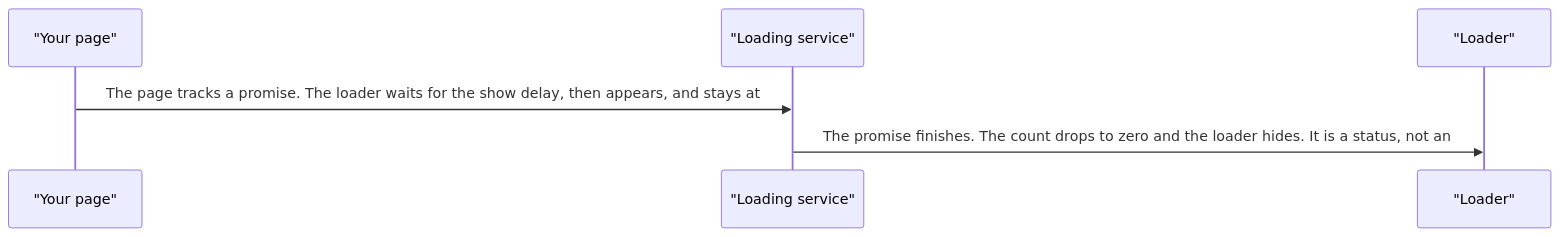
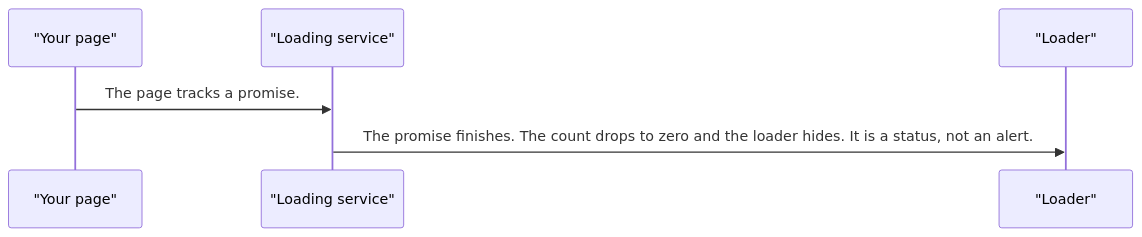
One commit to RajshekharBorate/pixel-ui changed the second of 5 diagrams in projects/pixel-ui/src/lib/pixel-loader/DESIGN.md. Above: the diagram before and after it, drawn with Mermaid. The commit also changed other lines of this file and 80 other files, not shown here.

Commit message:
Fill missing design flows and correct the stories that did not match component behavior.

````diff
--- a/projects/pixel-ui/src/lib/pixel-loader/DESIGN.md
+++ b/projects/pixel-ui/src/lib/pixel-loader/DESIGN.md
@@ -51,8 +58,8 @@
 ```mermaid
 sequenceDiagram
   participant page as "Your page"
   participant service as "Loading service"
   participant loader as "Loader"
-  page->>service: The page tracks a promise. The loader waits for the show delay, then appears, and stays at
-  service->>loader: The promise finishes. The count drops to zero and the loader hides. It is a status, not an
+  page->>service: The page tracks a promise.
+  service->>loader: The promise finishes. The count drops to zero and the loader hides. It is a status, not an alert.
 ```
````
